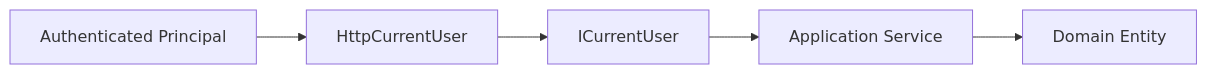
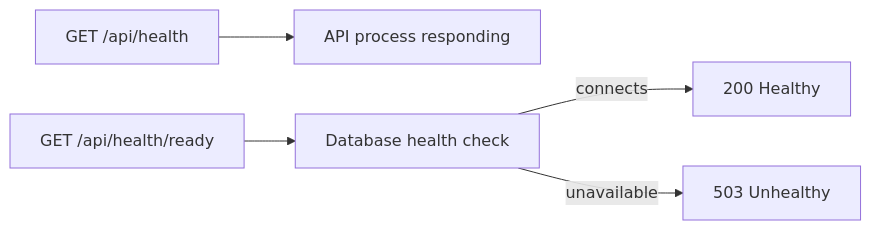
One commit to mirzahussnain/care-track changed the seventh of 7 diagrams in docs/03-system-architecture.md. Above: the diagram before and after it, drawn with Mermaid. The commit also changed other lines of this file and 22 other files, not shown here.

````diff
--- a/docs/03-system-architecture.md
+++ b/docs/03-system-architecture.md
@@ -88,7 +136,7 @@
 ```mermaid
 flowchart LR
-    JWT[Authenticated Principal] --> HCU[HttpCurrentUser]
-    HCU --> ICU[ICurrentUser]
-    ICU --> APP[Application Service]
-    APP --> DOM[Domain Entity]
+    L[GET /api/health] --> P[API process responding]
+    R[GET /api/health/ready] --> H[Database health check]
+    H -->|connects| OK[200 Healthy]
+    H -->|unavailable| FAIL[503 Unhealthy]
 ```
````
